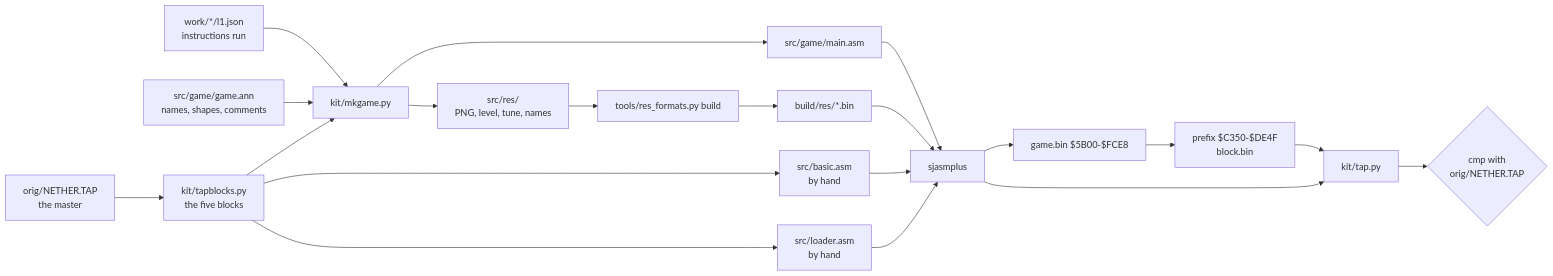
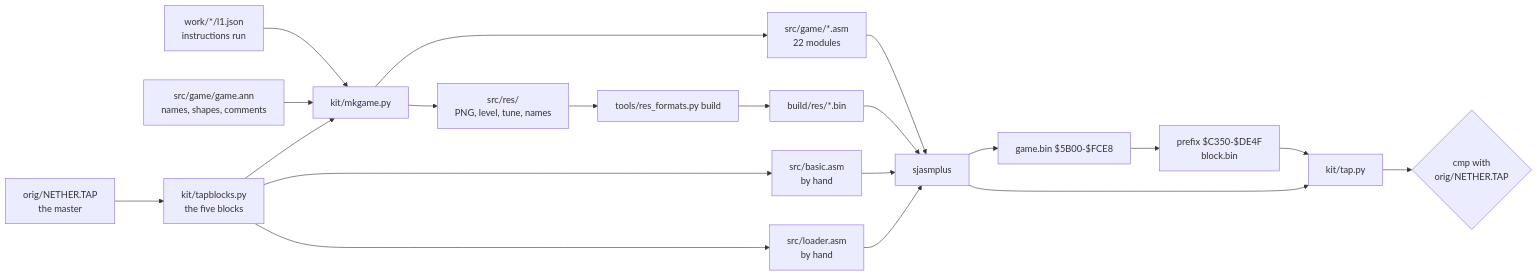
The diagram in games/nether-earth/docs/03-build-and-load.md (alfishe/unrealng-reverse-cases), drawn with Mermaid before and after one commit. The commit also changed other lines of this file and 31 other files, not shown here.

````diff
--- a/games/nether-earth/docs/03-build-and-load.md
+++ b/games/nether-earth/docs/03-build-and-load.md
@@ -240,20 +240,20 @@
 ```mermaid
 flowchart LR
     orig["orig/NETHER.TAP<br/>the master"] --> blocks["kit/tapblocks.py<br/>the five blocks"]
     blocks --> basic["src/basic.asm<br/>by hand"]
     blocks --> loader["src/loader.asm<br/>by hand"]
     rec["work/*/l1.json<br/>instructions run"] --> mk["kit/mkgame.py"]
     ann["src/game/game.ann<br/>names, shapes, comments"] --> mk
     blocks --> mk
-    mk --> asm["src/game/main.asm"]
+    mk --> asm["src/game/*.asm<br/>22 modules"]
     mk --> res["src/res/<br/>PNG, level, tune, names"]
     res --> rf["tools/res_formats.py build"] --> bres["build/res/*.bin"]
     asm --> sj["sjasmplus"]
     bres --> sj
     basic --> sj
     loader --> sj
     sj --> img["game.bin $5B00-$FCE8"] --> pre["prefix $C350-$DE4F<br/>block.bin"]
     pre --> tap["kit/tap.py"]
     sj --> tap
     tap --> cmp{"cmp with<br/>orig/NETHER.TAP"}
 ```
````
